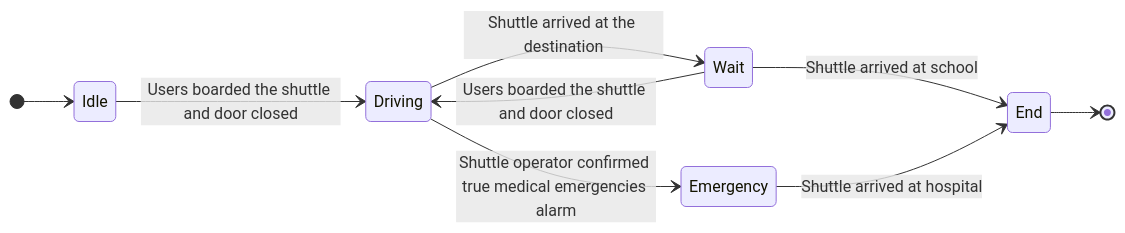
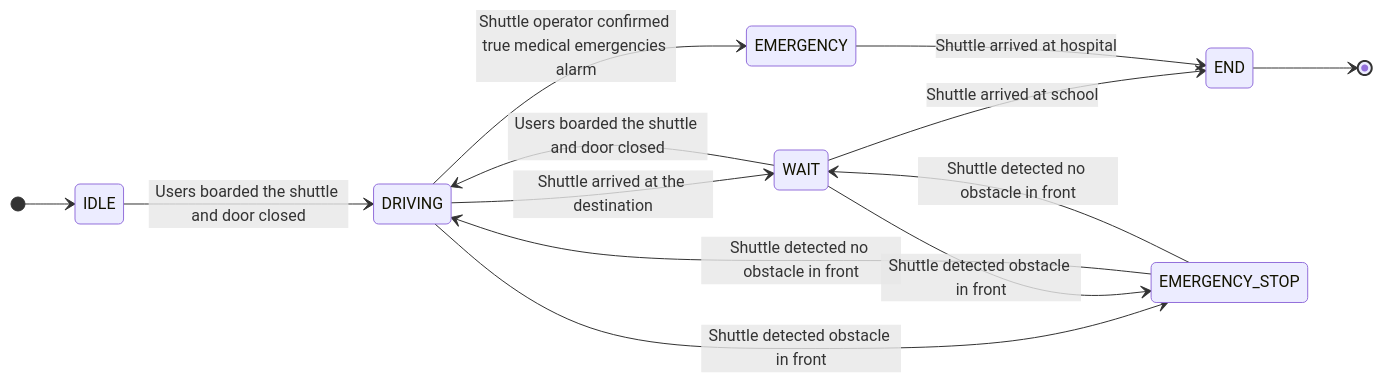
The first of 4 diagrams in README.md (Jy-Lau/ad_system_main), drawn with Mermaid before and after one commit. The commit also changed other lines of this file and 19 other files, not shown here.

````diff
--- a/README.md
+++ b/README.md
@@ -55,12 +56,16 @@
 ```mermaid
 stateDiagram-v2
 direction LR
-    [*] --> Idle
-    Idle --> Driving : Users boarded the shuttle and door closed
-    Driving --> Wait : Shuttle arrived at the destination
-    Wait --> End : Shuttle arrived at school
-    Wait --> Driving : Users boarded the shuttle and door closed
-    Driving --> Emergency : Shuttle operator confirmed true medical emergencies alarm
-    Emergency --> End : Shuttle arrived at hospital
-    End --> [*]
+    [*] --> IDLE
+    IDLE --> DRIVING : Users boarded the shuttle and door closed
+    DRIVING --> WAIT : Shuttle arrived at the destination
+    WAIT --> END : Shuttle arrived at school
+    WAIT --> DRIVING : Users boarded the shuttle and door closed
+    DRIVING --> EMERGENCY : Shuttle operator confirmed true medical emergencies alarm
+    DRIVING --> EMERGENCY_STOP : Shuttle detected obstacle in front
+    EMERGENCY_STOP --> DRIVING : Shuttle detected no obstacle in front
+    WAIT --> EMERGENCY_STOP : Shuttle detected obstacle in front
+    EMERGENCY_STOP --> WAIT : Shuttle detected no obstacle in front
+    EMERGENCY --> END : Shuttle arrived at hospital
+    END --> [*]
 ```
````
